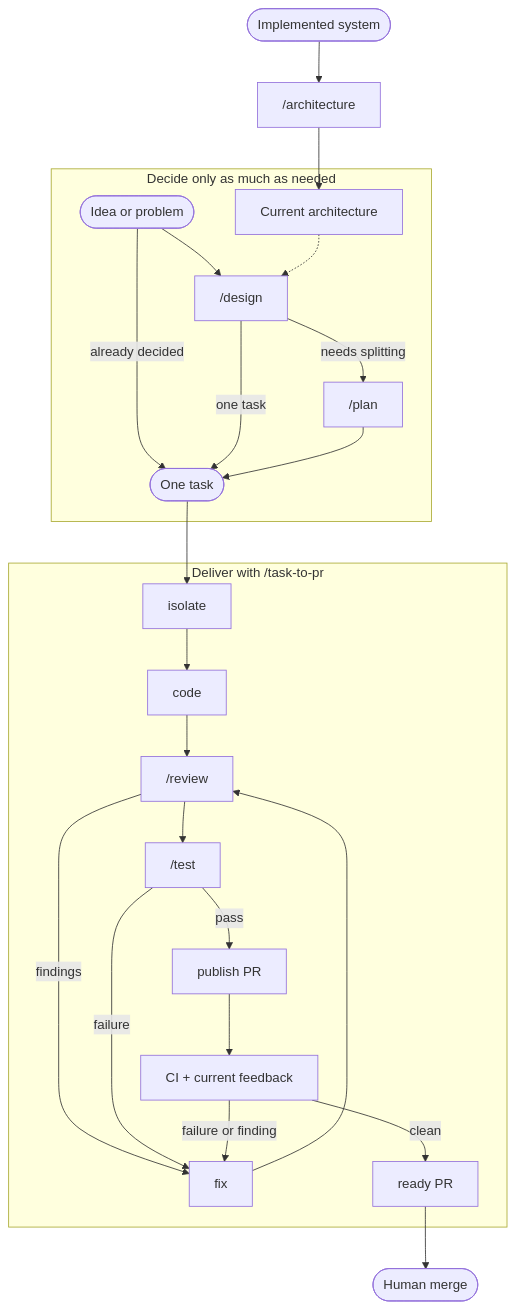
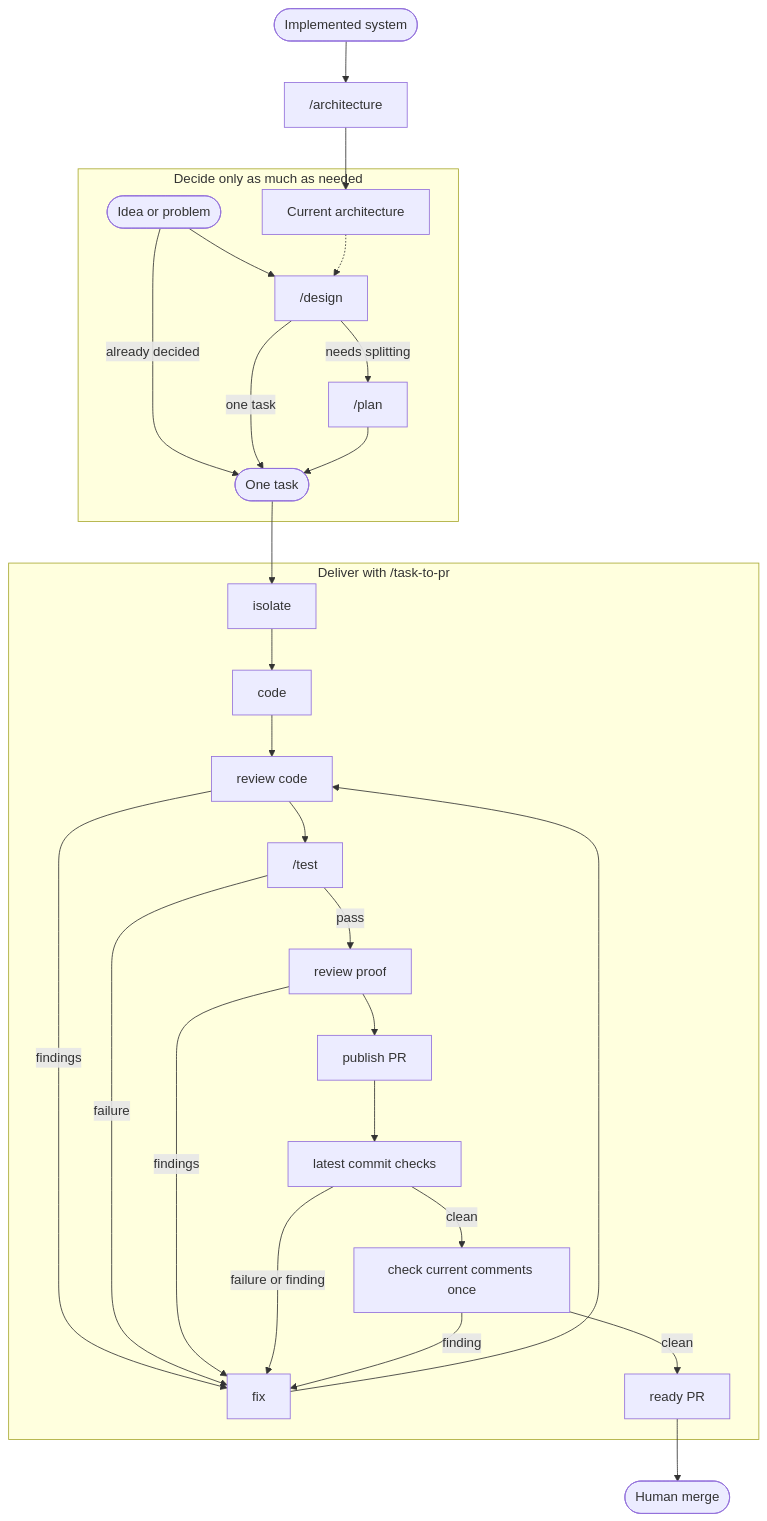
One commit to owainlewis/blueprint changed the diagram in README.md. Above: the diagram before and after it, drawn with Mermaid. The commit also changed other lines of this file and 1 other file, not shown here.

Commit message:
fix(task-to-pr): clarify final checks

````diff
--- a/README.md
+++ b/README.md
@@ -30,24 +30,27 @@
 ```mermaid
 flowchart TB
     Existing([Implemented system]) --> Architecture["/architecture"]
     Architecture --> Current["Current architecture"]
 
     subgraph Decide["Decide only as much as needed"]
         Idea([Idea or problem]) --> Design["/design"]
         Idea -->|already decided| Task([One task])
         Current -.-> Design
         Design -->|one task| Task
         Design -->|needs splitting| Plan["/plan"] --> Task
     end
 
     subgraph Deliver["Deliver with /task-to-pr"]
-        Task --> Isolate["isolate"] --> Code["code"] --> Review["/review"] --> Test["/test"]
+        Task --> Isolate["isolate"] --> Code["code"] --> Review["review code"] --> Test["/test"]
         Review -->|findings| Fix["fix"] --> Review
         Test -->|failure| Fix
-        Test -->|pass| Publish["publish PR"] --> Validate["CI + current feedback"]
+        Test -->|pass| ProofReview["review proof"] --> Publish["publish PR"] --> Validate["latest commit checks"]
+        ProofReview -->|findings| Fix
         Validate -->|failure or finding| Fix
-        Validate -->|clean| PR["ready PR"]
+        Validate -->|clean| Human["check current comments once"]
+        Human -->|finding| Fix
+        Human -->|clean| PR["ready PR"]
     end
 
     PR --> Merge([Human merge])
 ```
````
